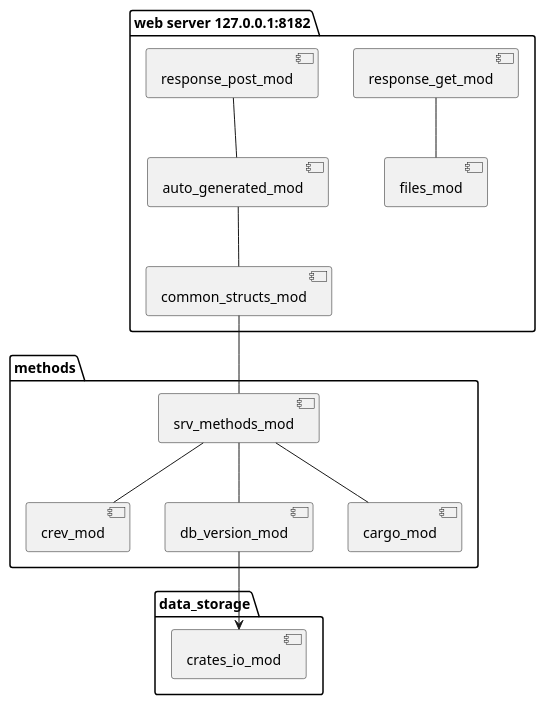
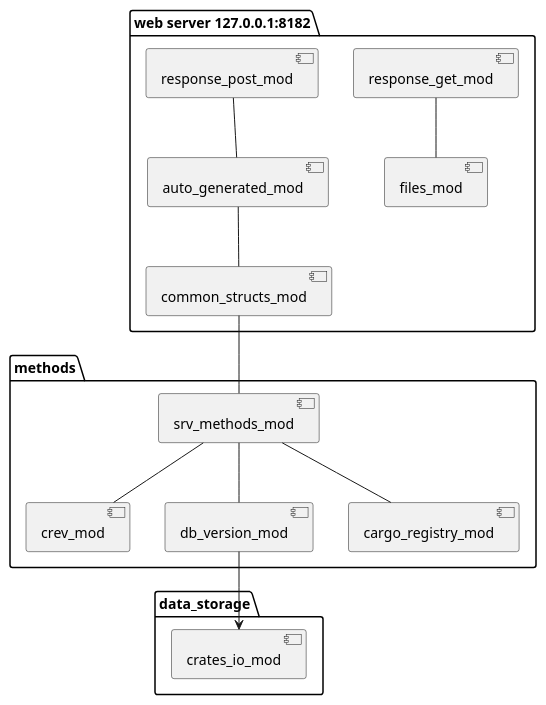
One commit to bestia-dev-archived/cargo_crev_reviews_workspace changed the diagram in cargo_crev_reviews/README.md. Above: the diagram before and after it, drawn with PlantUML. The commit also changed other lines of this file and 14 other files, not shown here.

````diff
--- a/cargo_crev_reviews/README.md
+++ b/cargo_crev_reviews/README.md
@@ -351,18 +351,18 @@
 ```plantuml
 @startuml
 package "web server 127.0.0.1:8182" {
   [response_get_mod] -down- [files_mod]
   [response_post_mod] -down- [auto_generated_mod]
   [auto_generated_mod] -down- [common_structs_mod]
 }
 package "methods" {
   [common_structs_mod] -down- [srv_methods_mod]
   [srv_methods_mod] -down- [crev_mod]
 [srv_methods_mod] -down- [db_version_mod]
-[srv_methods_mod] -down- [cargo_mod]
+[srv_methods_mod] -down- [cargo_registry_mod]
 }
 package "data_storage" {
   [db_version_mod] -down-> [crates_io_mod]
 }
 @enduml
 ```
````
